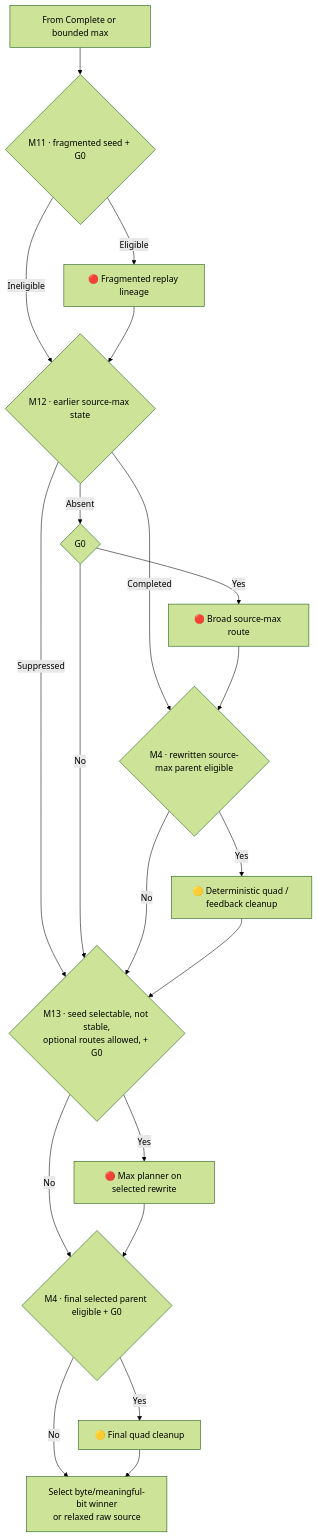
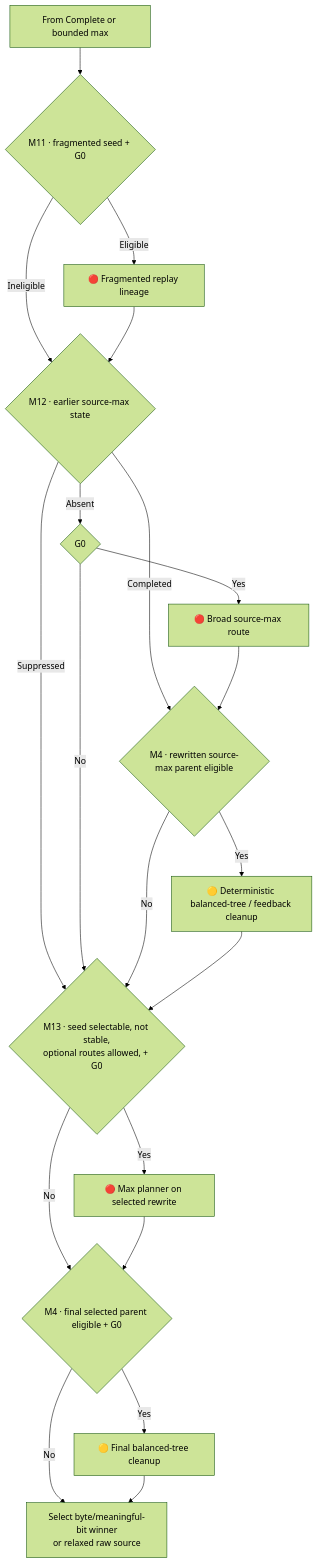
Before and after one commit to ace-dent/columbo: the fifth of 6 diagrams in docs/routes-and-methods.md, drawn with Mermaid (forest theme). The commit also changed other lines of this file and 9 other files, not shown here.

````diff
--- a/docs/routes-and-methods.md
+++ b/docs/routes-and-methods.md
@@ -258,22 +273,22 @@
 ```mermaid
 flowchart TD
     START["From Complete or bounded max"] --> M11{"M11 · fragmented seed + G0"}
     M11 -- "Eligible" --> FRAG["🔴 Fragmented replay lineage"]
     M11 -- "Ineligible" --> M12
     FRAG --> M12{"M12 · earlier source-max state"}
     M12 -- "Completed" --> M4SRC
     M12 -- "Suppressed" --> M13
     M12 -- "Absent" --> M12G{"G0"}
     M12G -- "Yes" --> SMAX["🔴 Broad source-max route"]
     M12G -- "No" --> M13
     SMAX --> M4SRC{"M4 · rewritten source-max parent eligible"}
-    M4SRC -- "Yes" --> M4SRUN["🟡 Deterministic quad / feedback cleanup"]
+    M4SRC -- "Yes" --> M4SRUN["🟡 Deterministic balanced-tree / feedback cleanup"]
     M4SRC -- "No" --> M13
     M4SRUN --> M13{"M13 · seed selectable, not stable,<br/>optional routes allowed, + G0"}
     M13 -- "Yes" --> SEEDRUN["🔴 Max planner on selected rewrite"]
     M13 -- "No" --> M4FINAL
     SEEDRUN --> M4FINAL{"M4 · final selected parent eligible + G0"}
-    M4FINAL -- "Yes" --> QFINAL["🟡 Final quad cleanup"]
+    M4FINAL -- "Yes" --> QFINAL["🟡 Final balanced-tree cleanup"]
     M4FINAL -- "No" --> PICKMAX
     QFINAL --> PICKMAX["Select byte/meaningful-bit winner<br/>or relaxed raw source"]
 ```
````
